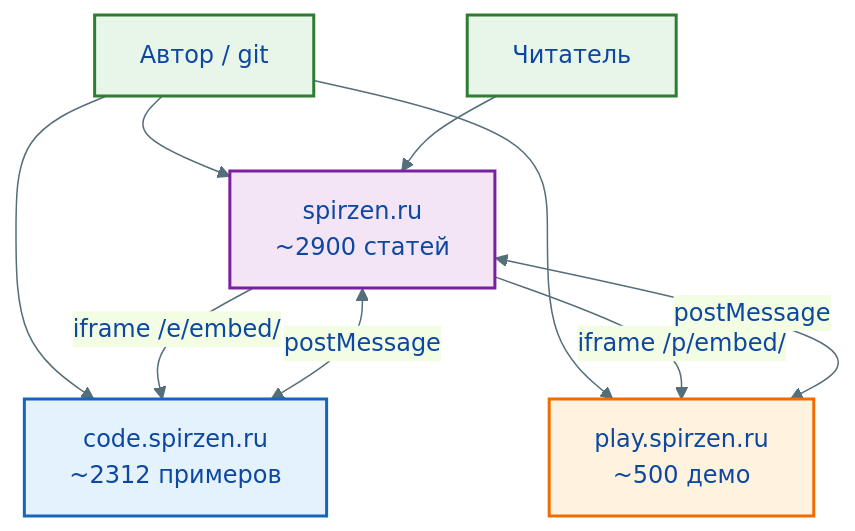
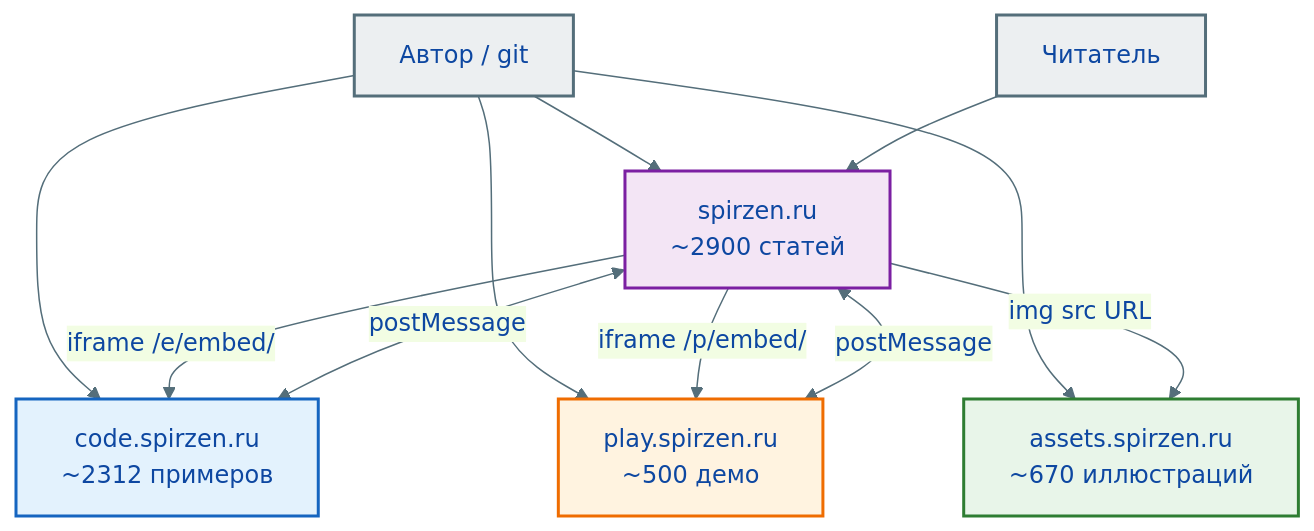
One commit to Spirzen/it-knowledge-base changed the first of 2 diagrams in docs/about/project.md. Above: the diagram before and after it, drawn with Mermaid. The commit also changed other lines of this file and 890 other files, not shown here.

````diff
--- a/docs/about/project.md
+++ b/docs/about/project.md
@@ -200,25 +202,29 @@
 ```mermaid
 %%{init: {'theme':'base','themeVariables':{'primaryColor':'#e3f2fd','primaryTextColor':'#0d47a1','primaryBorderColor':'#1565c0','lineColor':'#546e7a'}}}%%
 
 flowchart TB
   classDef kb fill:#f3e5f5,stroke:#7b1fa2,stroke-width:2px
   classDef code fill:#e3f2fd,stroke:#1565c0,stroke-width:2px
   classDef play fill:#fff3e0,stroke:#ef6c00,stroke-width:2px
-  classDef human fill:#e8f5e9,stroke:#2e7d32,stroke-width:2px
+  classDef media fill:#e8f5e9,stroke:#2e7d32,stroke-width:2px
+  classDef human fill:#eceff1,stroke:#546e7a,stroke-width:2px
 
   Reader["Читатель"]:::human
   Author["Автор / git"]:::human
 
   KB["spirzen.ru<br/>~2900 статей"]:::kb
   CODE["code.spirzen.ru<br/>~2312 примеров"]:::code
   PLAY["play.spirzen.ru<br/>~500 демо"]:::play
+  ASSETS["assets.spirzen.ru<br/>~670 иллюстраций"]:::media
 
   Author --> KB
   Author --> CODE
   Author --> PLAY
+  Author --> ASSETS
   Reader --> KB
   KB -->|"iframe /e/embed/"| CODE
   KB -->|"iframe /p/embed/"| PLAY
+  KB -->|"img src URL"| ASSETS
   KB <-->|"postMessage"| CODE
   KB <-->|"postMessage"| PLAY
 ```
````
